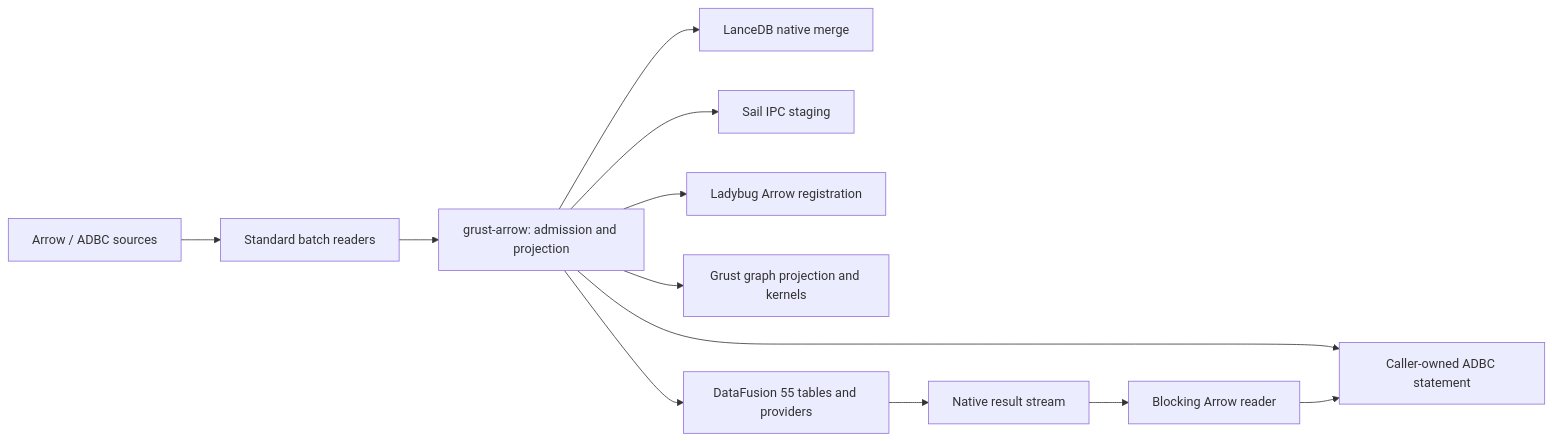
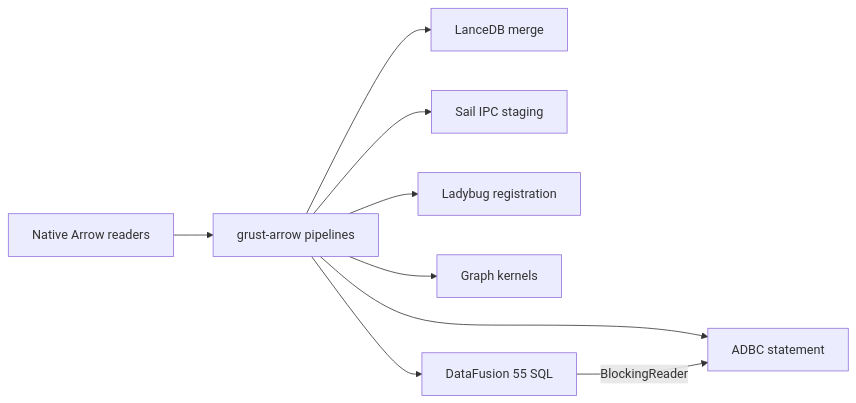
Before and after one commit to querygraph/grust: the diagram in docs/book/chapters/arrow-pipelines.md, drawn with Mermaid. The commit also changed other lines of this file, not shown here.

Commit message:
docs: improve Arrow chapter code and diagram readability

````diff
--- a/docs/book/chapters/arrow-pipelines.md
+++ b/docs/book/chapters/arrow-pipelines.md
@@ -9,14 +9,11 @@
 ```mermaid
 flowchart LR
-  Sources[Arrow / ADBC sources] --> Readers[Standard batch readers]
-  Readers --> Shared[grust-arrow: admission and projection]
-  Shared --> Lance[LanceDB native merge]
+  Readers[Native Arrow readers] --> Shared[grust-arrow pipelines]
+  Shared --> Lance[LanceDB merge]
   Shared --> Sail[Sail IPC staging]
-  Shared --> Ladybug[Ladybug Arrow registration]
-  Shared --> ADBC[Caller-owned ADBC statement]
-  Shared --> Kernels[Grust graph projection and kernels]
-  Shared --> DF[DataFusion 55 tables and providers]
-  DF --> Results[Native result stream]
-  Results --> Bridge[Blocking Arrow reader]
-  Bridge --> ADBC
+  Shared --> Ladybug[Ladybug registration]
+  Shared --> Kernels[Graph kernels]
+  Shared --> DF[DataFusion 55 SQL]
+  Shared --> ADBC[ADBC statement]
+  DF -->|BlockingReader| ADBC
 ```
````
